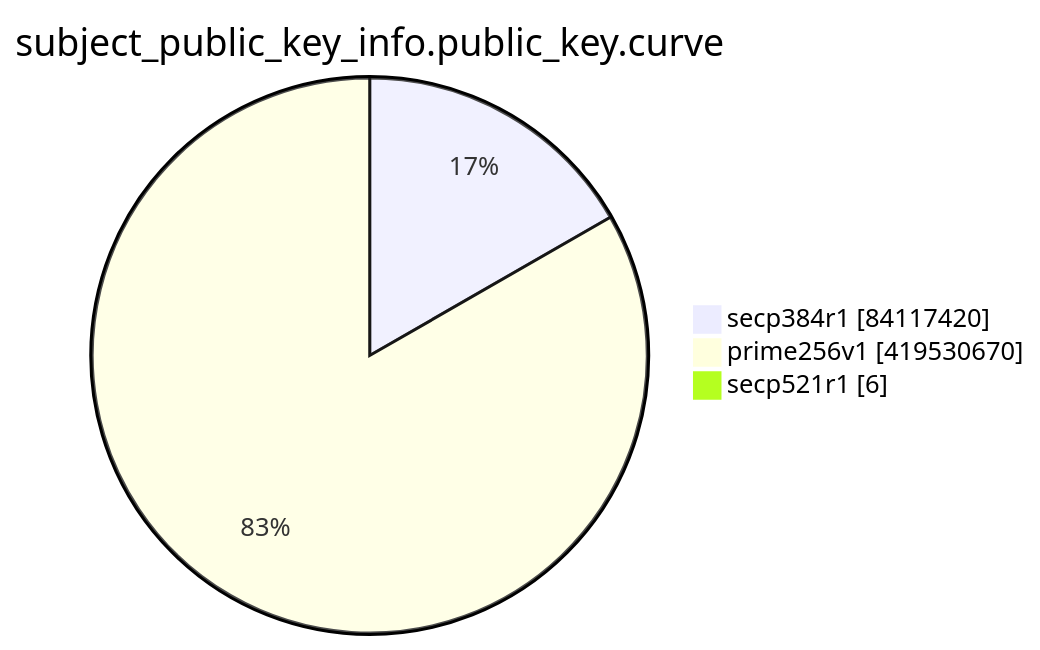
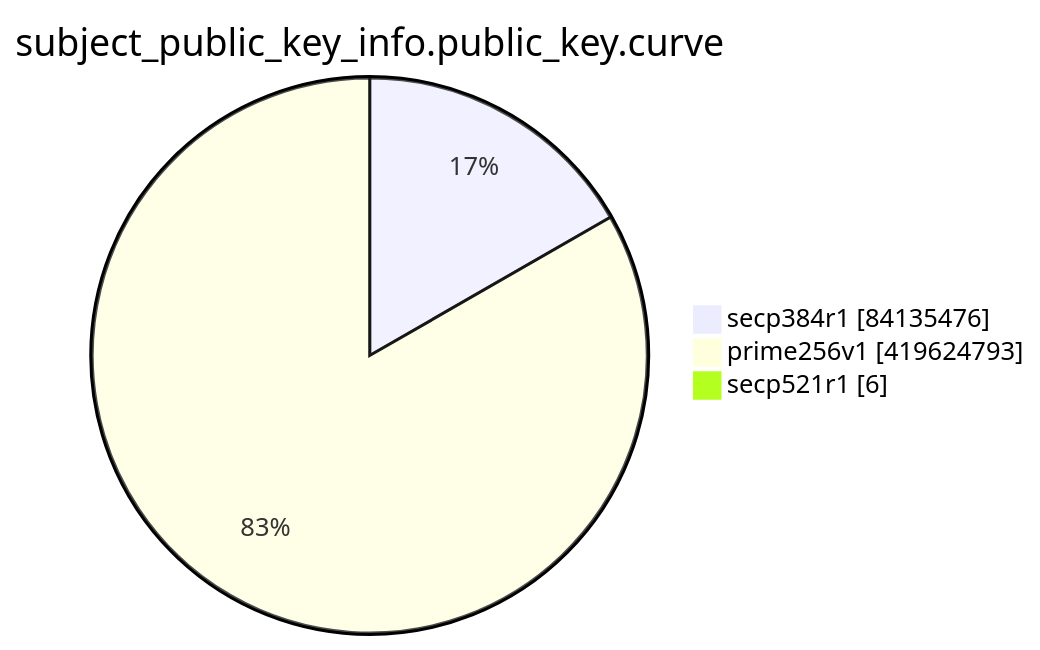
Before and after one commit to christiankrug/ctmonitor_visualization: the eighth of 15 diagrams in TOTAL/README.md, drawn with Mermaid. The commit also changed other lines of this file, not shown here.

````diff
--- a/TOTAL/README.md
+++ b/TOTAL/README.md
@@ -3099,7 +3099,7 @@
 ```mermaid
 pie showData
 title subject_public_key_info.public_key.curve
-"secp384r1" :84117420
-"prime256v1" :419530670
+"secp384r1" :84135476
+"prime256v1" :419624793
 "secp521r1" :6
 ```
````
